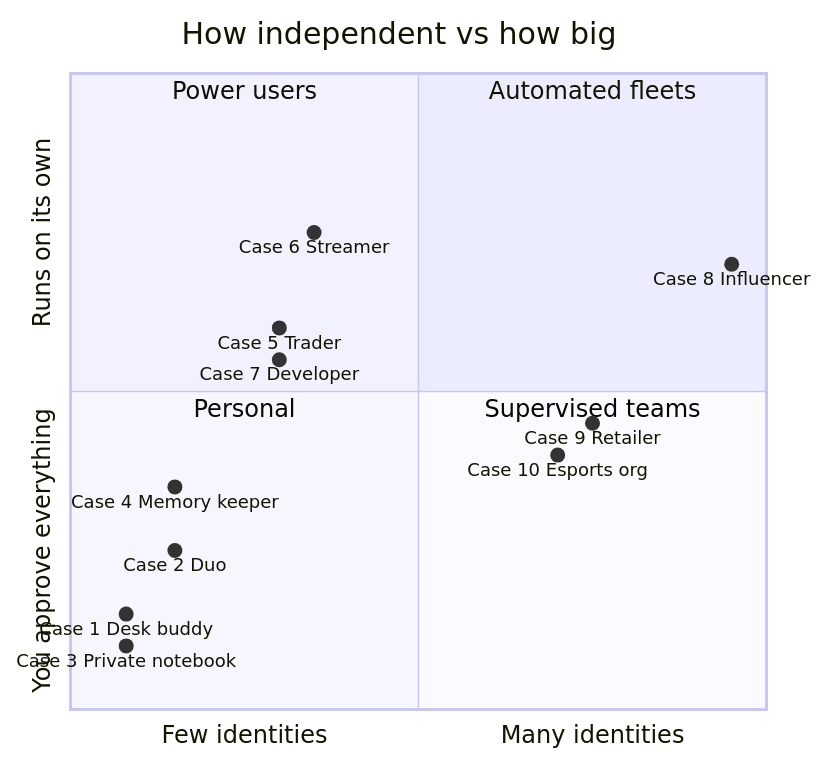
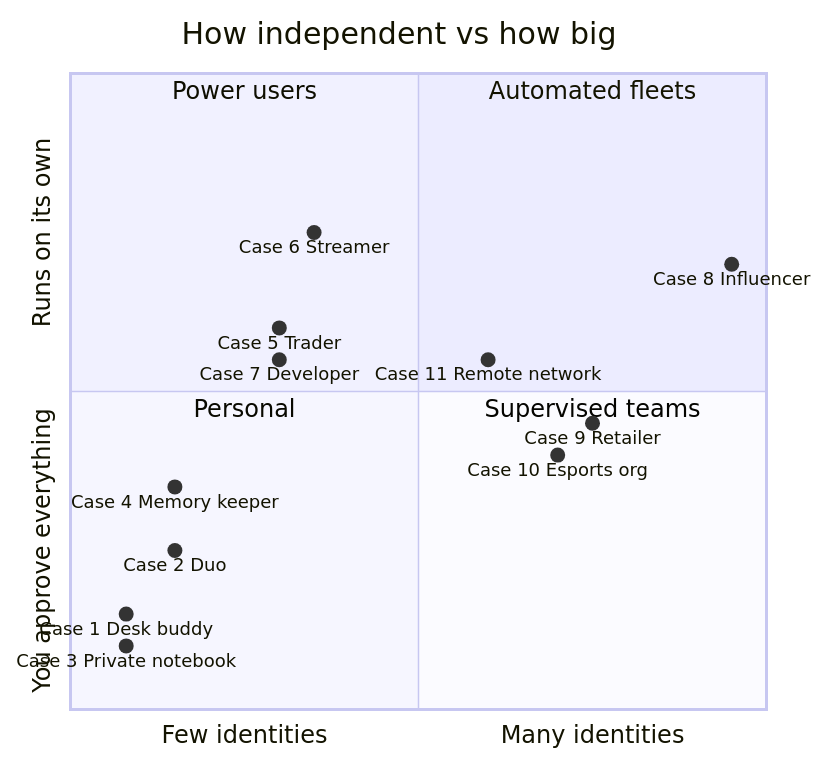
The third of 17 diagrams in docs/USE_CASES.md (Smugandcomfy/waifu-ai-desktop), drawn with Mermaid before and after one commit. The commit also changed other lines of this file and 2 other files, not shown here.

Commit message:
Use cases: case study 11, the remote network (10 sites, one server, one orchestrator)

````diff
--- a/docs/USE_CASES.md
+++ b/docs/USE_CASES.md
@@ -72,20 +72,21 @@
 ```mermaid
 quadrantChart
     title How independent vs how big
     x-axis "Few identities" --> "Many identities"
     y-axis "You approve everything" --> "Runs on its own"
     quadrant-1 "Automated fleets"
     quadrant-2 "Power users"
     quadrant-3 "Personal"
     quadrant-4 "Supervised teams"
     "Case 1 Desk buddy": [0.08, 0.15]
     "Case 2 Duo": [0.15, 0.25]
     "Case 3 Private notebook": [0.08, 0.1]
     "Case 4 Memory keeper": [0.15, 0.35]
     "Case 5 Trader": [0.3, 0.6]
     "Case 6 Streamer": [0.35, 0.75]
     "Case 7 Developer": [0.3, 0.55]
     "Case 8 Influencer": [0.95, 0.7]
     "Case 9 Retailer": [0.75, 0.45]
     "Case 10 Esports org": [0.7, 0.4]
+    "Case 11 Remote network": [0.6, 0.55]
 ```
````
